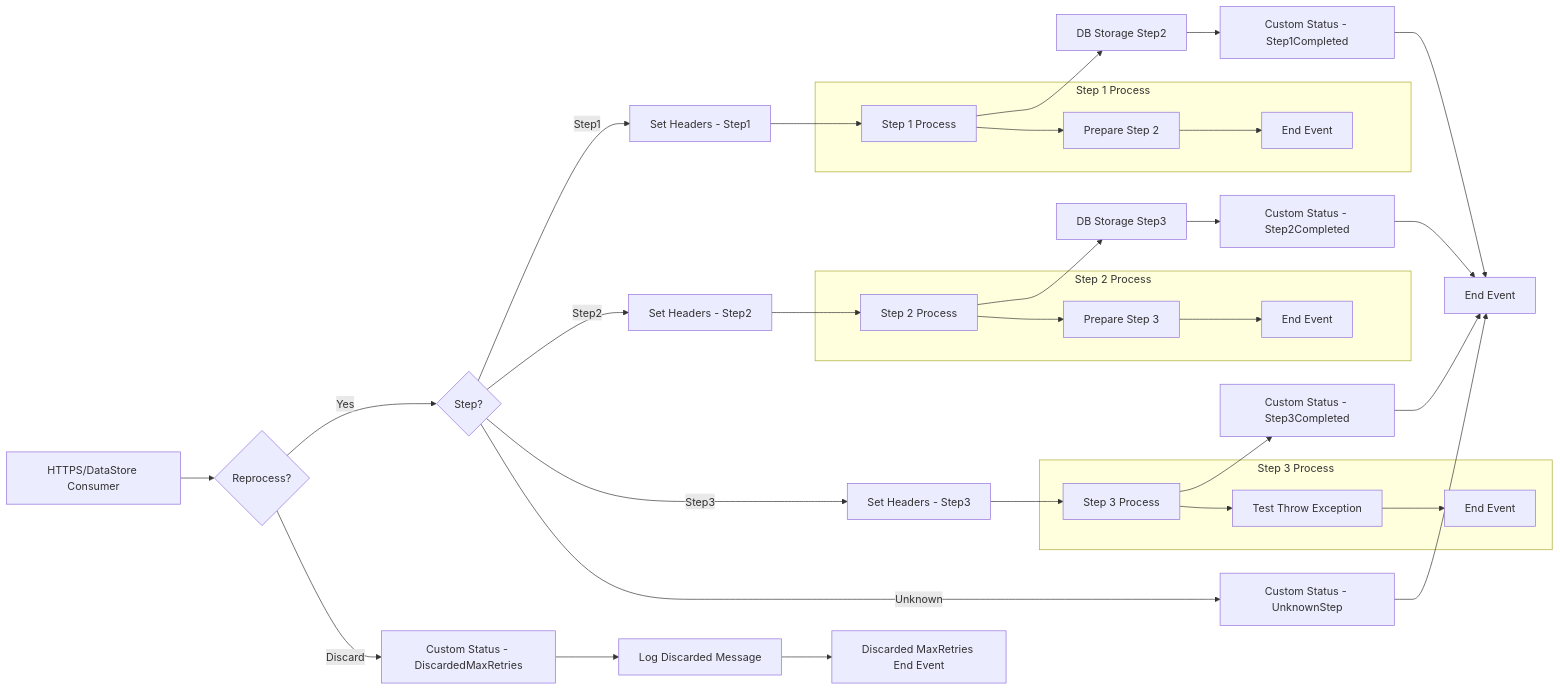
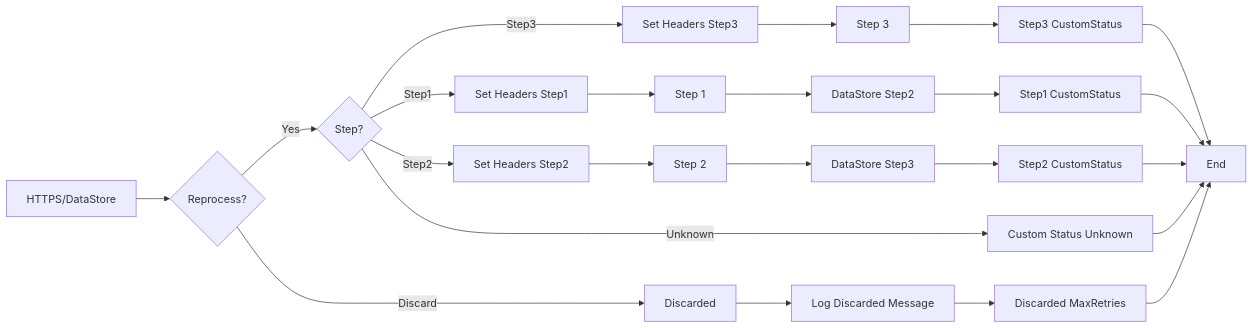
The diagram in MMZ - Templates/SEDA_Model_-_Single_DS_-_Restart_and_Discard-1.0.0/readme.md (Avvale-IA-CICD/AvvaleCPI), drawn with Mermaid before and after one commit. The commit also changed other lines of this file, not shown here.

Commit message:
Add/update documentation for SEDA_Model_-_Single_DS_-_Restart_and_Discard v1.0.0

````diff
--- a/MMZ - Templates/SEDA_Model_-_Single_DS_-_Restart_and_Discard-1.0.0/readme.md
+++ b/MMZ - Templates/SEDA_Model_-_Single_DS_-_Restart_and_Discard-1.0.0/readme.md
@@ -4,39 +4,25 @@
 ```mermaid
 graph LR
-    A[HTTPS/DataStore Consumer] --> B{Reprocess?}
-    B -- Yes --> C{Step?}
-    B -- Discard --> D[Custom Status - DiscardedMaxRetries]
-    D --> E[Log Discarded Message]
-    E --> F[Discarded MaxRetries End Event]
-    C -- Step1 --> G[Set Headers - Step1]
-    C -- Step2 --> H[Set Headers - Step2]
-    C -- Step3 --> I[Set Headers - Step3]
-    C -- Unknown --> J[Custom Status - UnknownStep]
-    G --> K[Step 1 Process]
-    H --> L[Step 2 Process]
-    I --> M[Step 3 Process]
-    K --> N[DB Storage Step2]
-    L --> O[DB Storage Step3]
-    M --> P[Custom Status - Step3Completed]
-    N --> Q[Custom Status - Step1Completed]
-    O --> R[Custom Status - Step2Completed]
-    J --> S[End Event]
-    Q --> S
-    P --> S
-    R --> S
-    
-    subgraph Step 1 Process
-    	K --> K1[Prepare Step 2]
-    	K1 --> K2[End Event]
-    end
-
-    subgraph Step 2 Process
-    	L --> L1[Prepare Step 3]
-    	L1 --> L2[End Event]
-    end
-
-    subgraph Step 3 Process
-    	M --> M1[Test Throw Exception]
-    	M1 --> M2[End Event]
-    end
+    A[HTTPS/DataStore] --> B{Reprocess?};
+    B -- Yes --> C{Step?};
+    B -- Discard --> D[Discarded];
+    C -- Step1 --> E[Set Headers Step1];
+    C -- Step2 --> F[Set Headers Step2];
+    C -- Step3 --> G[Set Headers Step3];
+    C -- Unknown --> H[Custom Status Unknown];
+    E --> I[Step 1];
+    F --> J[Step 2];
+    G --> K[Step 3];
+    I --> L[DataStore Step2];
+    J --> M[DataStore Step3];
+    K --> N[Step3 CustomStatus];
+    L --> O[Step1 CustomStatus];
+    M --> P[Step2 CustomStatus];
+    N --> Q[End];
+    O --> Q;
+    P --> Q;
+    H --> Q;
+    D --> R[Log Discarded Message];
+    R --> S[Discarded MaxRetries];
+    S --> Q;
 ```
````
